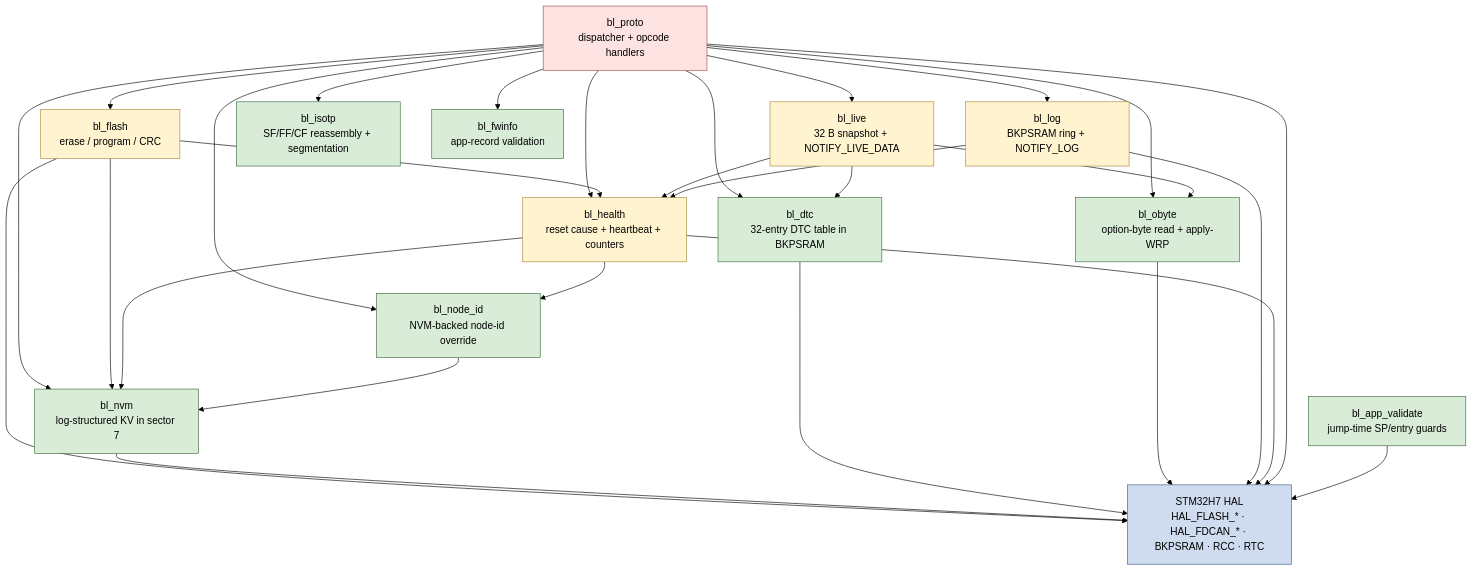
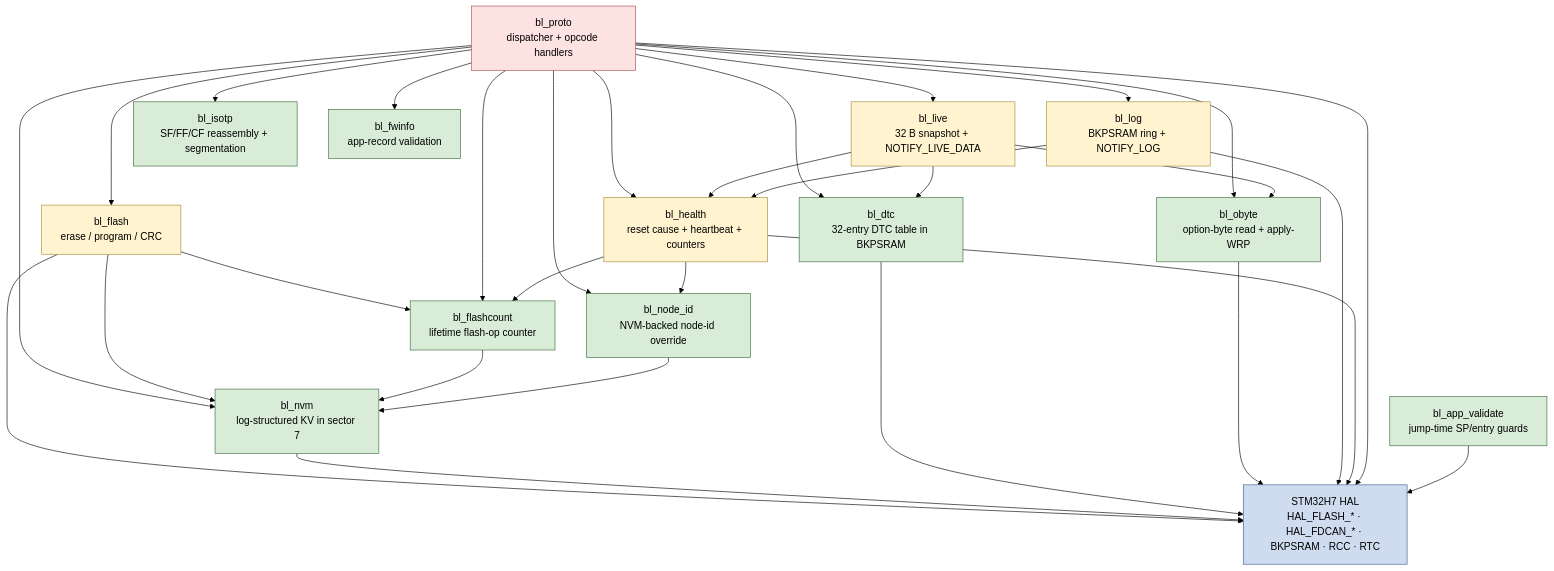
Before and after one commit to isc-fs/stm32-can-bootloader: the first of 3 diagrams in ARCHITECTURE.md, drawn with Mermaid (forest theme). The commit also changed other lines of this file and 16 other files, not shown here.

First line of the commit message:
fix(health): restore flash-write counter after NVM init, persist once per session (#187)

````diff
--- a/ARCHITECTURE.md
+++ b/ARCHITECTURE.md
@@ -66,54 +66,57 @@
 ```mermaid
 flowchart TD
     classDef orch fill:#fde2e2,stroke:#a85050,color:#000
     classDef diag fill:#fff4cf,stroke:#a78a3f,color:#000
     classDef util fill:#d8ecd8,stroke:#3f6e3f,color:#000
     classDef hal  fill:#cfdcf0,stroke:#3f5e8a,color:#000
 
     proto["bl_proto<br/>dispatcher + opcode handlers"]:::orch
 
     flash["bl_flash<br/>erase / program / CRC"]:::diag
     log["bl_log<br/>BKPSRAM ring + NOTIFY_LOG"]:::diag
     health["bl_health<br/>reset cause + heartbeat + counters"]:::diag
     live["bl_live<br/>32 B snapshot + NOTIFY_LIVE_DATA"]:::diag
 
     isotp["bl_isotp<br/>SF/FF/CF reassembly + segmentation"]:::util
     nvm["bl_nvm<br/>log-structured KV in sector 7"]:::util
+    fcount["bl_flashcount<br/>lifetime flash-op counter"]:::util
     node_id["bl_node_id<br/>NVM-backed node-id override"]:::util
     dtc["bl_dtc<br/>32-entry DTC table in BKPSRAM"]:::util
     obyte["bl_obyte<br/>option-byte read + apply-WRP"]:::util
     fwinfo["bl_fwinfo<br/>app-record validation"]:::util
     appval["bl_app_validate<br/>jump-time SP/entry guards"]:::util
 
     hal["STM32H7 HAL<br/>HAL_FLASH_* · HAL_FDCAN_* · BKPSRAM · RCC · RTC"]:::hal
 
     proto --> isotp
     proto --> flash
     proto --> nvm
     proto --> node_id
     proto --> dtc
     proto --> obyte
     proto --> fwinfo
     proto --> log
     proto --> health
     proto --> live
 
     flash --> nvm
-    flash --> health
-    health --> nvm
+    flash --> fcount
+    proto --> fcount
+    health --> fcount
+    fcount --> nvm
     health --> node_id
     live --> dtc
     live --> obyte
     live --> health
     log --> health
     node_id --> nvm
 
     flash --> hal
     nvm --> hal
     dtc --> hal
     obyte --> hal
     log --> hal
     health --> hal
     proto --> hal
     appval --> hal
 ```
````
